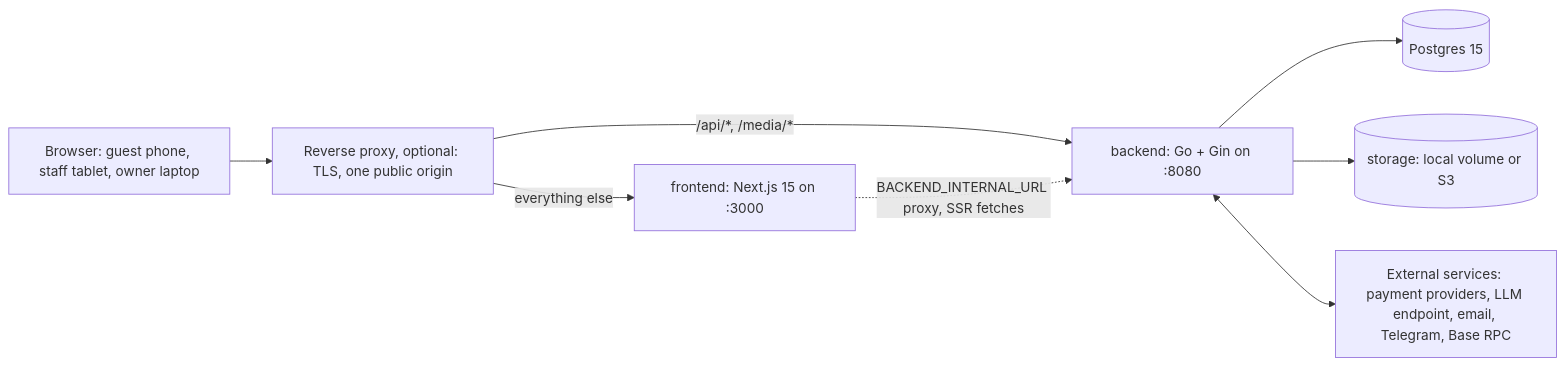
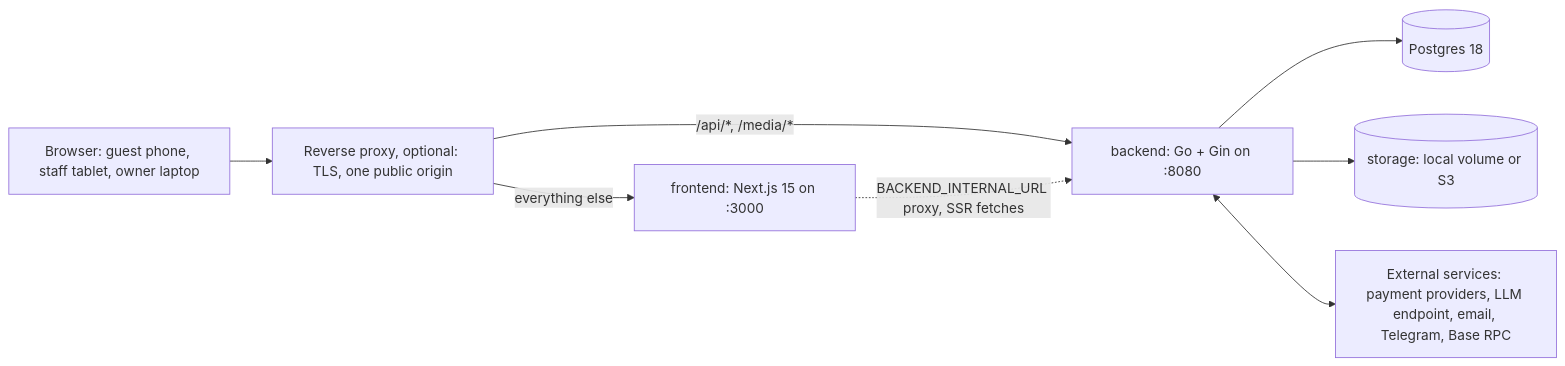
One commit to stdevMac/payverge changed the diagram in docs/architecture/overview.md. Above: the diagram before and after it, drawn with Mermaid. The commit also changed other lines of this file and 48 other files, not shown here.

````diff
--- a/docs/architecture/overview.md
+++ b/docs/architecture/overview.md
@@ -8,17 +8,17 @@
 ```mermaid
 flowchart LR
   B[Browser: guest phone, staff tablet, owner laptop]
   E[Reverse proxy, optional: TLS, one public origin]
   F[frontend: Next.js 15 on :3000]
   A[backend: Go + Gin on :8080]
-  D[(Postgres 15)]
+  D[(Postgres 18)]
   S[(storage: local volume or S3)]
   X[External services: payment providers, LLM endpoint, email, Telegram, Base RPC]
   B --> E
   E -- "/api/*, /media/*" --> A
   E -- "everything else" --> F
   F -. "BACKEND_INTERNAL_URL proxy, SSR fetches" .-> A
   A --> D
   A --> S
   A <--> X
 ```
````
